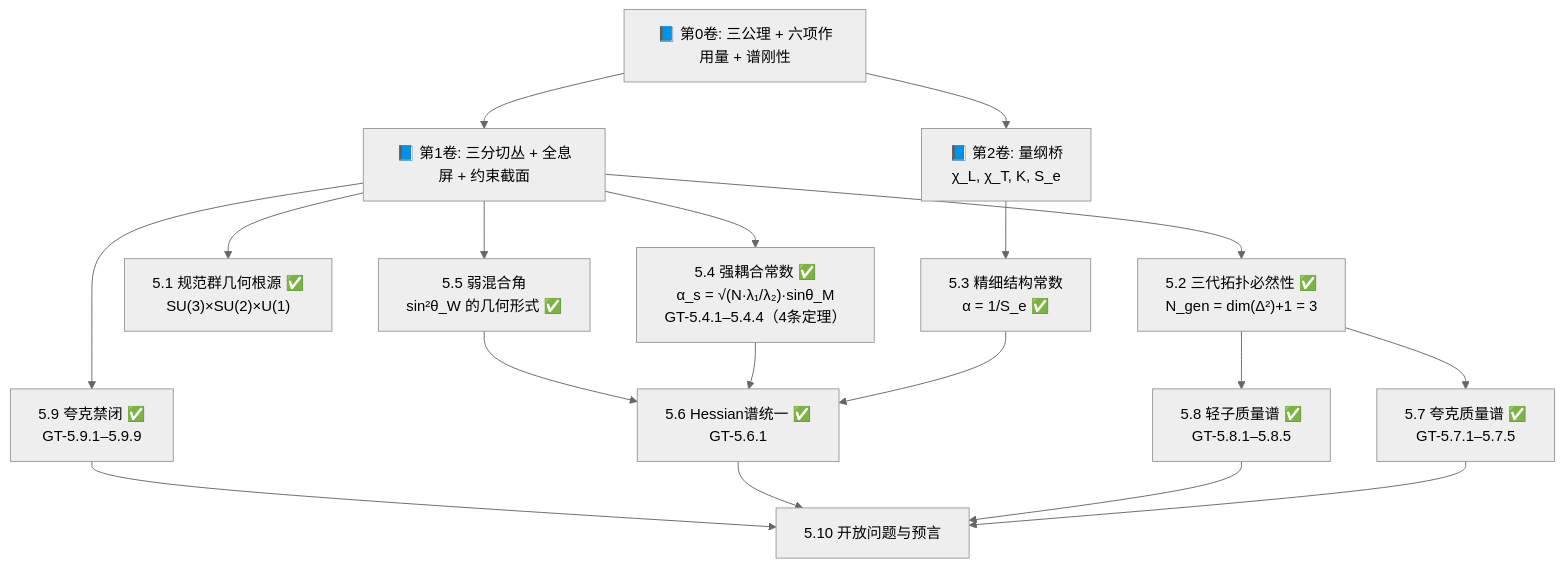
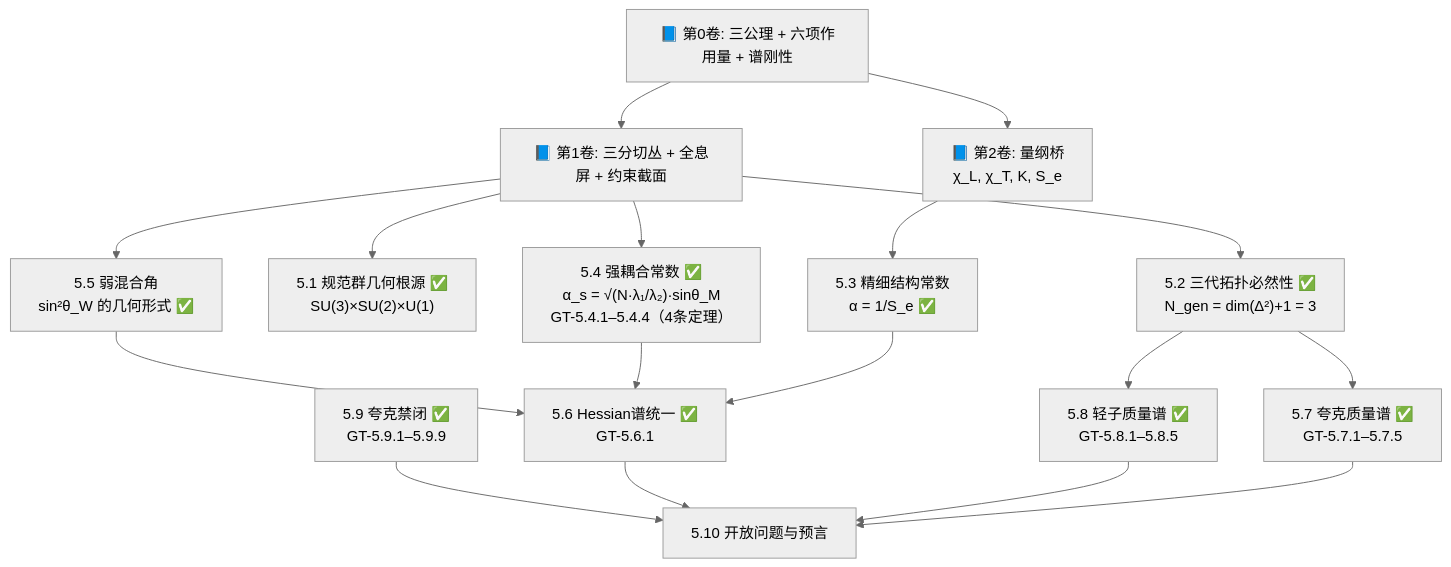
The diagram in app/articles/GT-Vault/Vol-5_标准模型重建/MOC.md (sdoygb/geometry-ai-server), drawn with Mermaid (neutral theme) before and after one commit.

Commit message:
AI修改: GT-Vault/Vol-5_标准模型重建/MOC.md (83行)

````diff
--- a/app/articles/GT-Vault/Vol-5_标准模型重建/MOC.md
+++ b/app/articles/GT-Vault/Vol-5_标准模型重建/MOC.md
@@ -34,23 +34,22 @@
 ```mermaid
 flowchart TD
     V0["📘 第0卷: 三公理 + 六项作用量 + 谱刚性"] --> V2["📘 第2卷: 量纲桥\nχ_L, χ_T, K, S_e"]
     V0 --> V1["📘 第1卷: 三分切丛 + 全息屏 + 约束截面"]
     V2 --> V5_3["5.3 精细结构常数\nα = 1/S_e ✅"]
     V1 --> V5_1["5.1 规范群几何根源 ✅\nSU(3)×SU(2)×U(1)"]
     V1 --> V5_2["5.2 三代拓扑必然性 ✅\nN_gen = dim(Δ²)+1 = 3"]
     V5_2 --> V5_7["5.7 夸克质量谱\nCKM矩阵 ✅\nGT-5.7.1–5.7.5（5条）"]
     V5_2 --> V5_8["5.8 轻子质量谱\nPMNS矩阵 ✅\nGT-5.8.1–5.8.5（5条定理）"]
     V1 --> V5_4["5.4 强耦合常数 ✅\nα_s = √(N·λ₁/λ₂)·sinθ_M\nGT-5.4.1–5.4.4（4条定理）"]
     V1 --> V5_5["5.5 弱混合角\nsin²θ_W 的几何形式 ✅"]
     V5_3 & V5_4 & V5_5 --> V5_6["5.6 耦合常数统一\nHessian谱统一"]
-    V1 --> V5_9["5.9 夸克禁闭\n颜色单态定理"]
     V5_7["5.7 夸克质量谱 ✅
 GT-5.7.1–5.7.5"]
     V5_8["5.8 轻子质量谱 ✅
 GT-5.8.1–5.8.5"]
     V5_6["5.6 Hessian谱统一 ✅
 GT-5.6.1"]
     V5_9["5.9 夸克禁闭 ✅
 GT-5.9.1–5.9.9"]
     V5_7 & V5_8 & V5_6 & V5_9 --> V5_10["5.10 开放问题与预言"]
 ```
````
